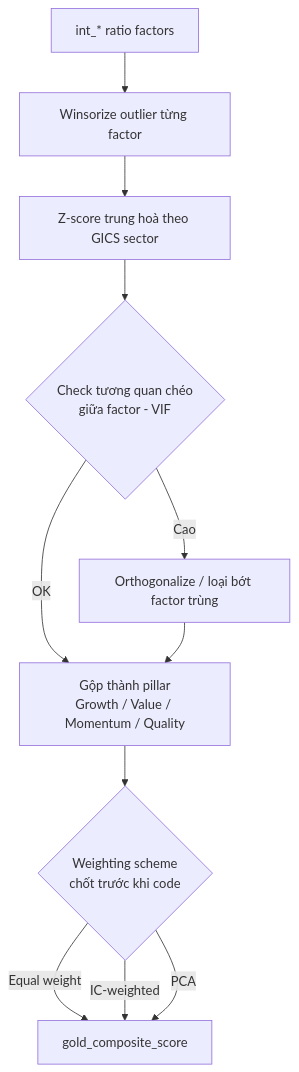
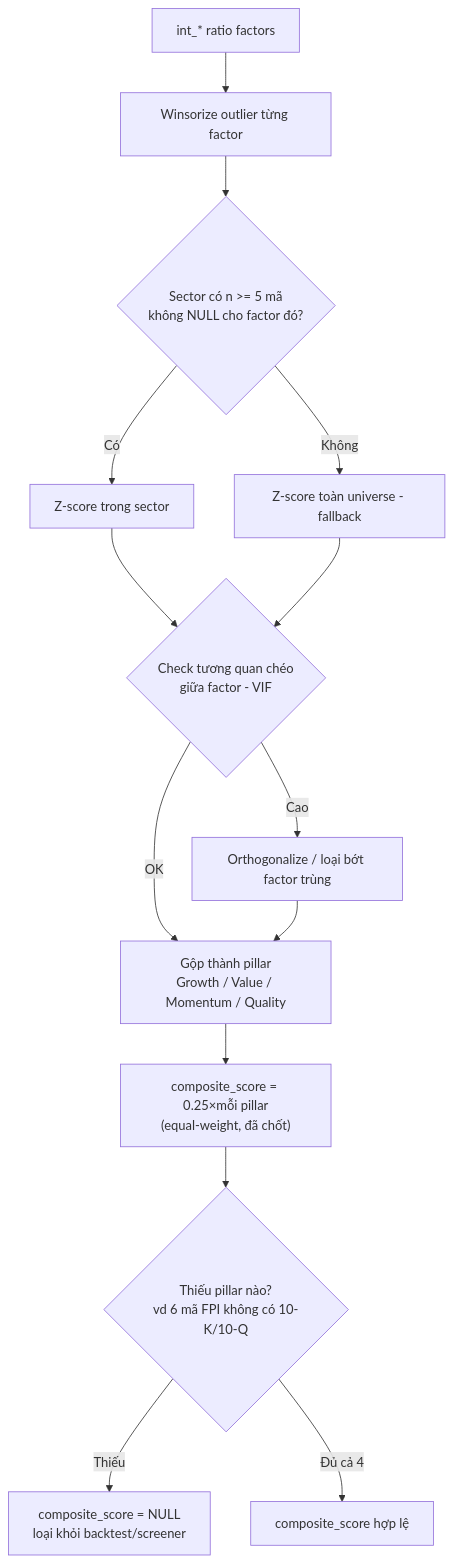
The fifth of 7 diagrams in data-flow.md (PhucTruong11/NASDAQ100-Quantamental), drawn with Mermaid before and after one commit. The commit also changed other lines of this file and 8 other files, not shown here.

Commit message:
Create files silver models & schema

````diff
--- a/data-flow.md
+++ b/data-flow.md
@@ -193,13 +192,16 @@
 ```mermaid
 graph TD
     A[int_* ratio factors] --> B[Winsorize outlier từng factor]
-    B --> C[Z-score trung hoà theo GICS sector]
-    C --> D{Check tương quan chéo<br/>giữa factor - VIF}
-    D -- Cao --> E[Orthogonalize / loại bớt factor trùng]
-    D -- OK --> F[Gộp thành pillar<br/>Growth / Value / Momentum / Quality]
+    B --> C{Sector có n >= 5 mã<br/>không NULL cho factor đó?}
+    C -- Có --> D[Z-score trong sector]
+    C -- Không --> E[Z-score toàn universe - fallback]
+    D --> F{Check tương quan chéo<br/>giữa factor - VIF}
     E --> F
-    F --> G{Weighting scheme<br/>chốt trước khi code}
-    G -- Equal weight --> H[gold_composite_score]
-    G -- IC-weighted --> H
-    G -- PCA --> H
+    F -- Cao --> G[Orthogonalize / loại bớt factor trùng]
+    F -- OK --> H[Gộp thành pillar<br/>Growth / Value / Momentum / Quality]
+    G --> H
+    H --> I["composite_score = 0.25×mỗi pillar<br/>(equal-weight, đã chốt)"]
+    I --> J{Thiếu pillar nào?<br/>vd 6 mã FPI không có 10-K/10-Q}
+    J -- Thiếu --> K[composite_score = NULL<br/>loại khỏi backtest/screener]
+    J -- Đủ cả 4 --> L[composite_score hợp lệ]
 ```
````
